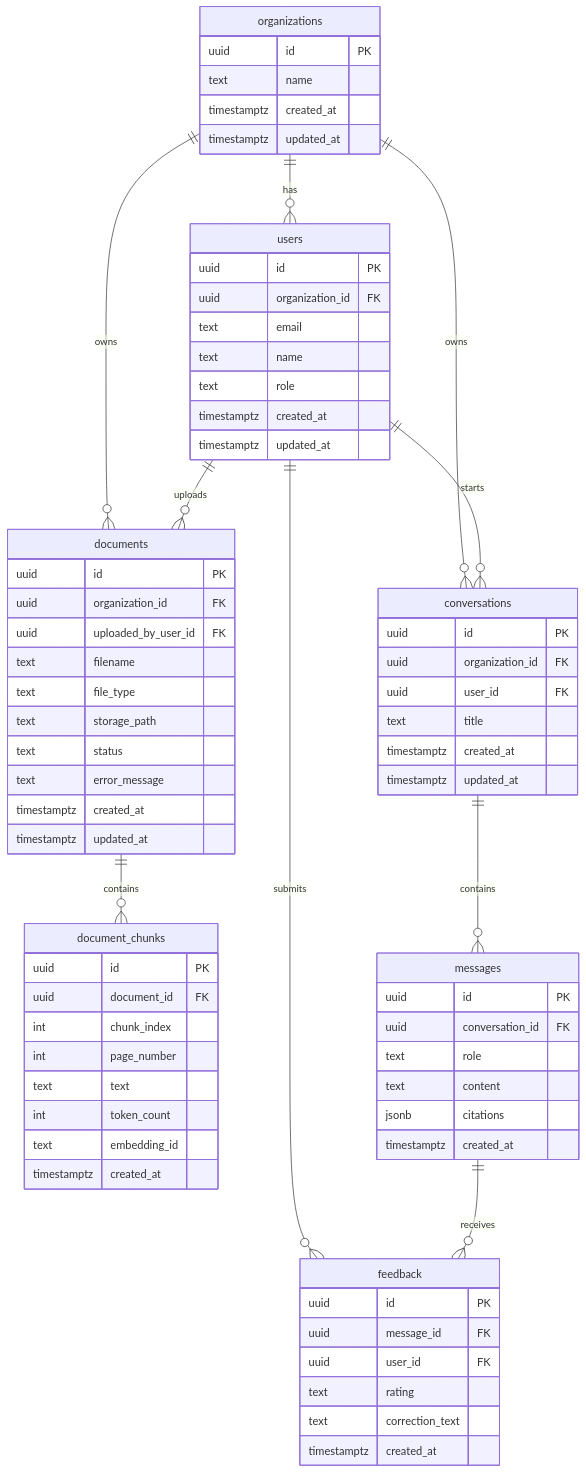
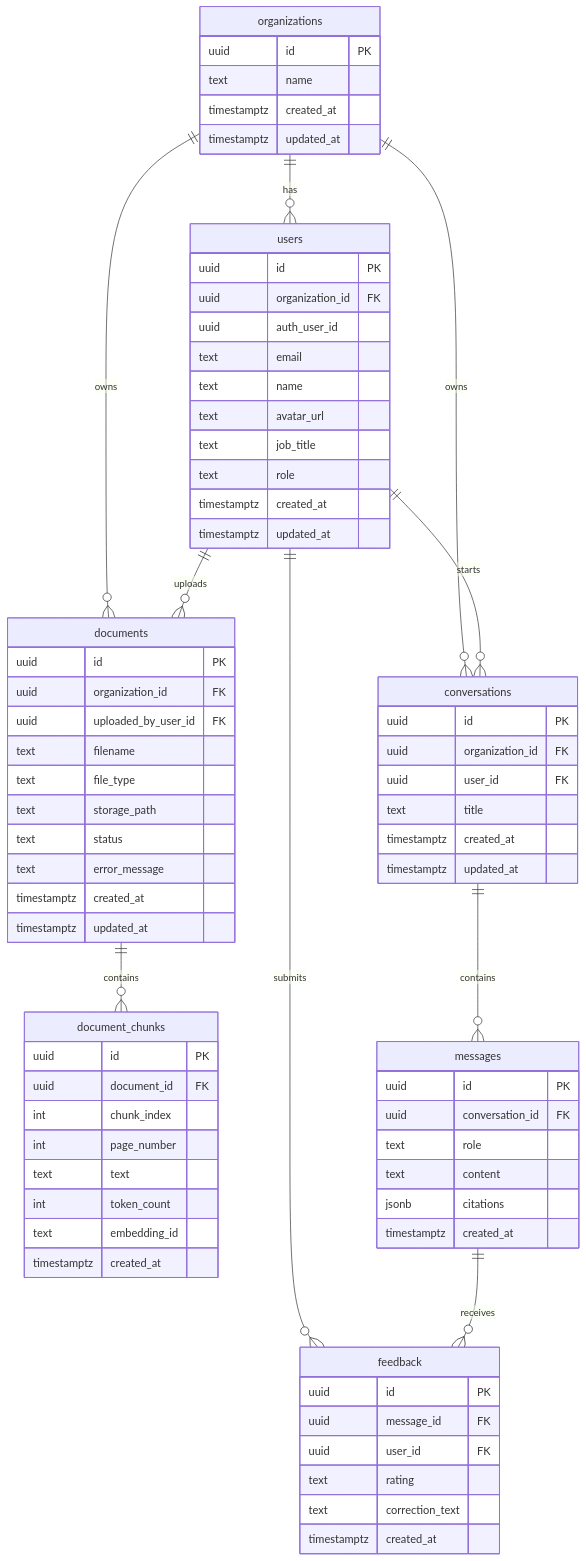
Before and after one commit to workagrimag186-max/Averion.ai: the diagram in docs/DATABASE_SCHEMA.md, drawn with Mermaid. The commit also changed other lines of this file and 6 other files, not shown here.

```diff
--- a/docs/DATABASE_SCHEMA.md
+++ b/docs/DATABASE_SCHEMA.md
@@ -44,8 +44,11 @@
     users {
       uuid id PK
       uuid organization_id FK
+      uuid auth_user_id
       text email
       text name
+      text avatar_url
+      text job_title
       text role
       timestamptz created_at
       timestamptz updated_at
```
